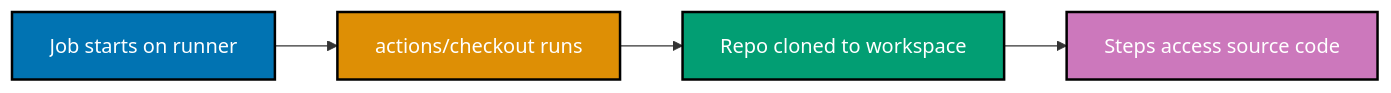
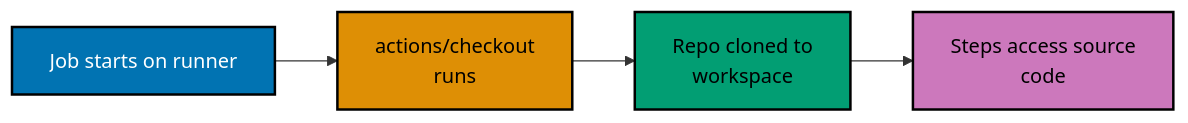
The fourth of 8 diagrams in apps/ayokoding-www/content/en/learn/legacy/software-engineering/automation-tools/github-actions/by-example/beginner.md (wahidyankf/ose-public), drawn with Mermaid before and after one commit. The commit also changed other lines of this file and 131 other files, not shown here.

First line of the commit message:
fix(mermaid): bring the legacy data, infrastructure, and testing diagrams onto the accessible palette

````diff
--- a/apps/ayokoding-www/content/en/learn/legacy/software-engineering/automation-tools/github-actions/by-example/beginner.md
+++ b/apps/ayokoding-www/content/en/learn/legacy/software-engineering/automation-tools/github-actions/by-example/beginner.md
@@ -667,11 +676,14 @@
 ```mermaid
 graph LR
-    A["Job starts on runner"]:::blue --> B["actions/checkout runs"]:::orange
-    B --> C["Repo cloned to workspace"]:::teal
-    C --> D["Steps access source code"]:::purple
+    accTitle: Example 14: The uses Step with actions/checkout
+    accDescr: Graph with 4 nodes and 3 connections. Nodes: Job starts on runner, actions/checkout runs, Repo cloned to workspace, Steps access source code. Connections: Job starts on runner to actions/checkout runs, actions/checkout runs to Repo cloned to workspace, Repo cloned to workspace to Steps access source code.
+    A["Job starts on runner"]:::blue --> B["actions/checkout<br/>runs"]:::orange
+    B --> C["Repo cloned to<br/>workspace"]:::teal
+    C --> D["Steps access source<br/>code"]:::purple
 
-    classDef blue fill:#0173B2,stroke:#000,color:#fff,stroke-width:2px
-    classDef orange fill:#DE8F05,stroke:#000,color:#fff,stroke-width:2px
-    classDef teal fill:#029E73,stroke:#000,color:#fff,stroke-width:2px
-    classDef purple fill:#CC78BC,stroke:#000,color:#fff,stroke-width:2px
+    classDef blue fill:#0173B2,stroke:#000000,color:#FFFFFF,stroke-width:2px
+    classDef orange fill:#DE8F05,stroke:#000000,color:#000000,stroke-width:2px
+    classDef teal fill:#029E73,stroke:#000000,color:#000000,stroke-width:2px
+    classDef purple fill:#CC78BC,stroke:#000000,color:#000000,stroke-width:2px
+    classDef default fill:#FFFFFF,stroke:#000000,color:#000000
 ```
````
